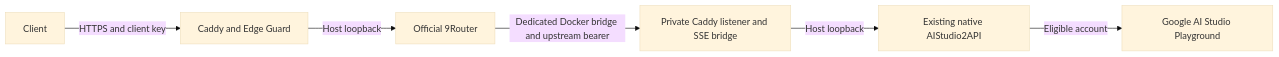
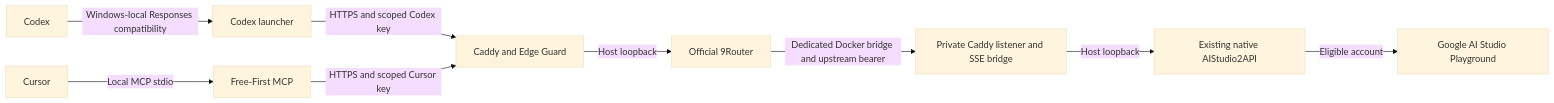
One commit to nimazasinich/free-first-ai-infrastructure changed the diagram in README.md. Above: the diagram before and after it, drawn with Mermaid (base theme). The commit also changed other lines of this file and 13 other files, not shown here.

Commit message:
Migrate scoped Windows clients and record legacy dependencies

````diff
--- a/README.md
+++ b/README.md
@@ -5,8 +5,11 @@
 ```mermaid
 flowchart LR
-    Client -->|HTTPS and client key| Edge[Caddy and Edge Guard]
+    Codex -->|Windows-local Responses compatibility| CodexTransport[Codex launcher]
+    Cursor -->|Local MCP stdio| CursorMcp[Free-First MCP]
+    CodexTransport -->|HTTPS and scoped Codex key| Edge[Caddy and Edge Guard]
+    CursorMcp -->|HTTPS and scoped Cursor key| Edge
     Edge -->|Host loopback| Router[Official 9Router]
     Router -->|Dedicated Docker bridge and upstream bearer| Bridge[Private Caddy listener and SSE bridge]
     Bridge -->|Host loopback| Studio[Existing native AIStudio2API]
     Studio -->|Eligible account| Google[Google AI Studio Playground]
 ```
````
